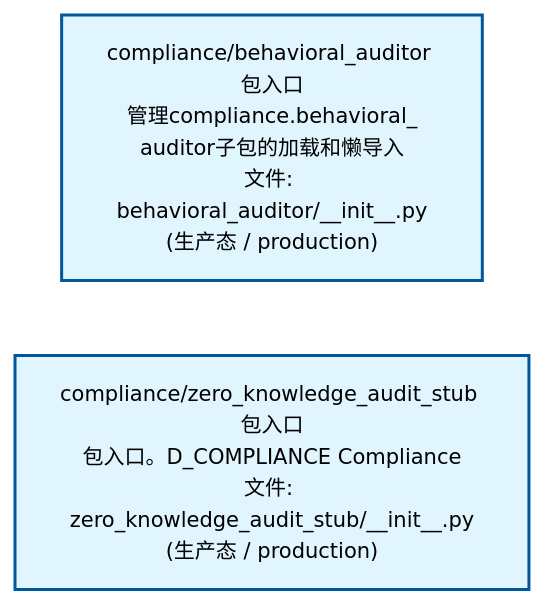
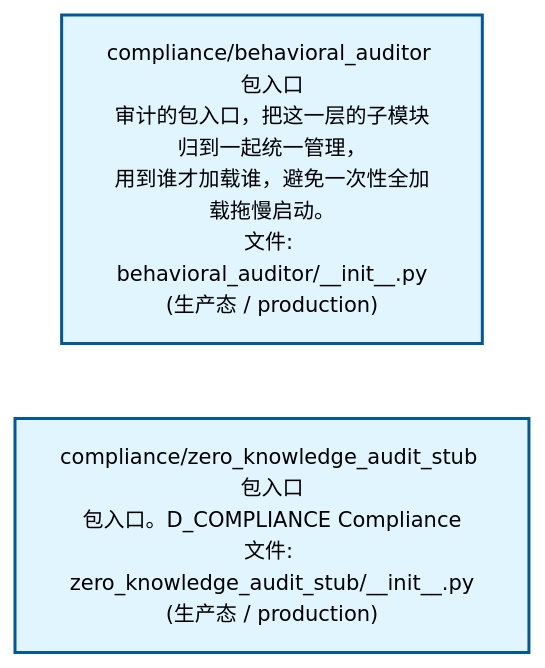
The second of 4 diagrams in docs/02_enterprise_architecture/02_domain_architecture_docs/38_d_compliance.md (xuanFelixVan/ZephyrAlpha), drawn with Mermaid before and after one commit. The commit also changed other lines of this file and 58 other files, not shown here.

````diff
--- a/docs/02_enterprise_architecture/02_domain_architecture_docs/38_d_compliance.md
+++ b/docs/02_enterprise_architecture/02_domain_architecture_docs/38_d_compliance.md
@@ -92,12 +92,12 @@
 ```mermaid
 %%{init: {'theme': 'base', 'themeVariables': {'primaryColor': '#eaeaea', 'primaryTextColor': '#333333', 'primaryBorderColor': '#666666', 'lineColor': '#666666', 'secondaryColor': '#eaeaea', 'tertiaryColor': '#eaeaea', 'fontSize': '14px'}}}%%
 flowchart TD
-    src_zephyr_compliance_behavioral_auditor_init_py["compliance/behavioral_auditor 包入口<br/>管理compliance.behavioral_<br/>auditor子包的加载和懒导入<br/>文件: behavioral_auditor/__init__.py<br/>(生产态 / production)"]
+    src_zephyr_compliance_behavioral_auditor_init_py["compliance/behavioral_auditor 包入口<br/>审计的包入口，把这一层的子模块归到一起统一管理，<br/>用到谁才加载谁，避免一次性全加载拖慢启动。<br/>文件: behavioral_auditor/__init__.py<br/>(生产态 / production)"]
     src_zephyr_compliance_zero_knowledge_audit_stub_init_py["compliance/zero_knowledge_audit_stub 包入口<br/>包入口。D_COMPLIANCE Compliance<br/>文件: zero_knowledge_audit_stub/__init__.py<br/>(生产态 / production)"]
     src_zephyr_compliance_behavioral_auditor_init_py ~~~ src_zephyr_compliance_zero_knowledge_audit_stub_init_py
     classDef production fill:#e1f5fe,stroke:#01579b,stroke-width:2px,color:#000
     classDef design fill:#fff3e0,stroke:#e65100,stroke-width:2px,color:#000,stroke-dasharray: 5 5
     classDef external_prod fill:#e8f4fd,stroke:#0277bd,stroke-width:1px,color:#000
     classDef external_design fill:#fff8e7,stroke:#ef6c00,stroke-width:1px,color:#000,stroke-dasharray: 5 5
     class src_zephyr_compliance_behavioral_auditor_init_py,src_zephyr_compliance_zero_knowledge_audit_stub_init_py production
 ```
````
